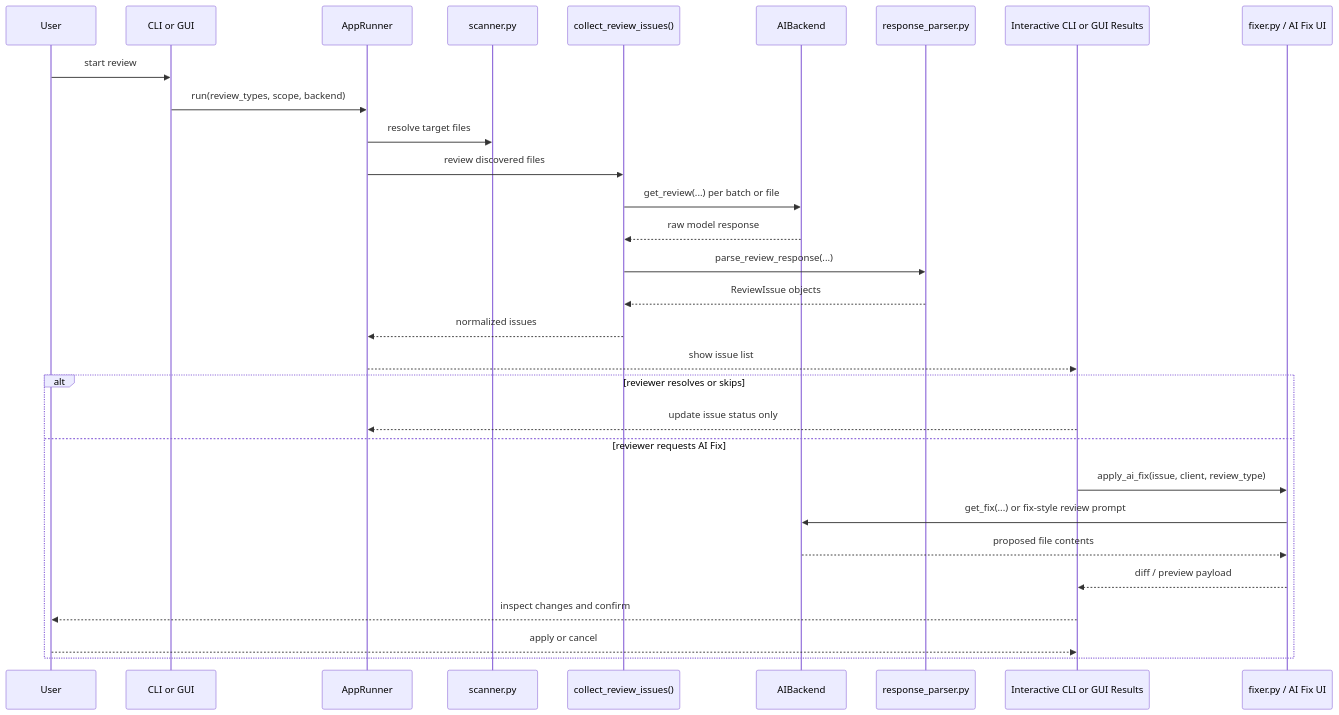
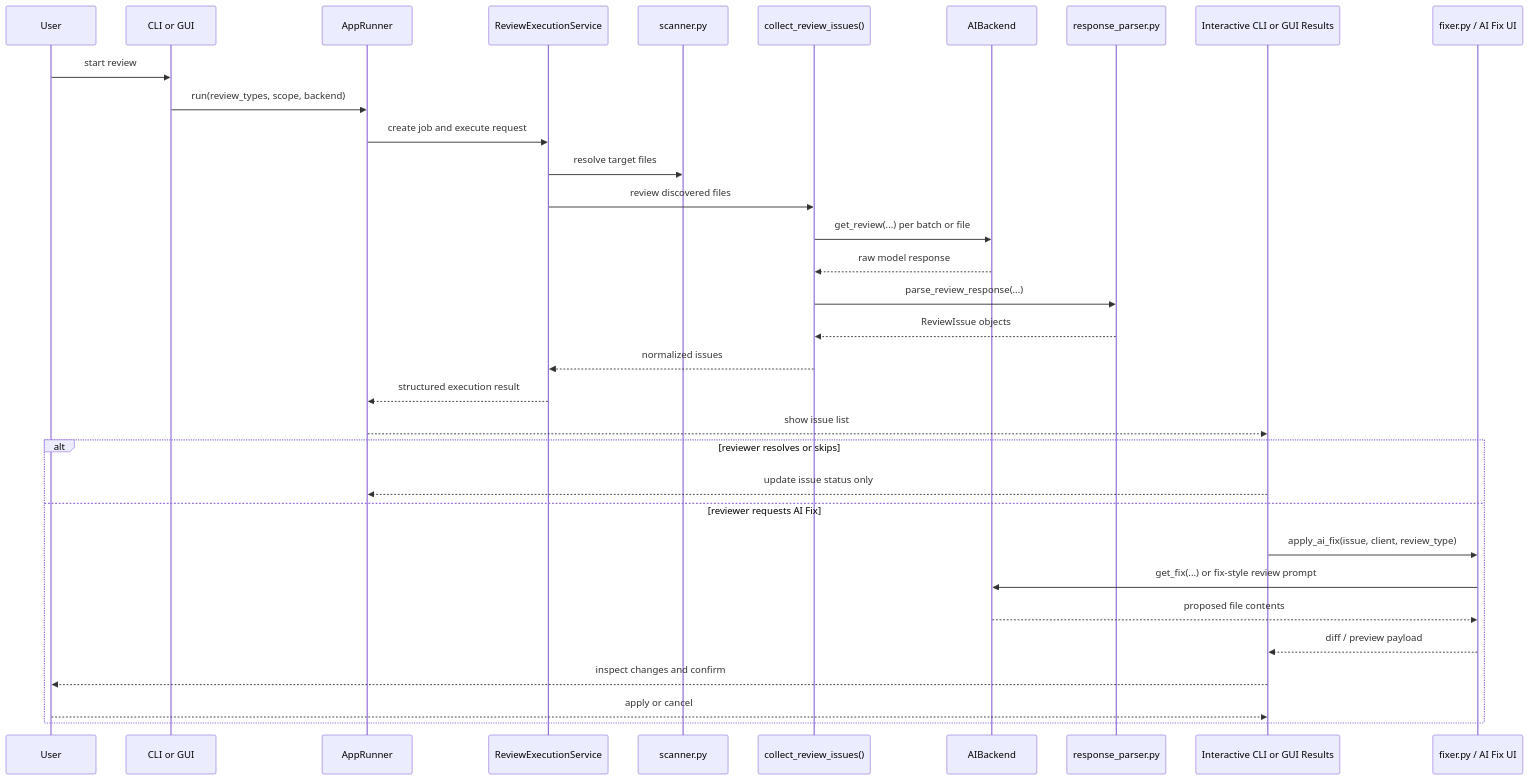
Before and after one commit to gallaway-jp/AICodeReviewer: the fourth of 5 diagrams in docs/architecture.md, drawn with Mermaid. The commit also changed other lines of this file and 125 other files, not shown here.

````diff
--- a/docs/architecture.md
+++ b/docs/architecture.md
@@ -108,34 +119,37 @@
 ```mermaid
 sequenceDiagram
 	participant User
 	participant Entry as CLI or GUI
 	participant Runner as AppRunner
+	participant Exec as ReviewExecutionService
 	participant Scanner as scanner.py
 	participant Reviewer as collect_review_issues()
 	participant Backend as AIBackend
 	participant Parser as response_parser.py
 	participant Results as Interactive CLI or GUI Results
 	participant Fixer as fixer.py / AI Fix UI
 
 	User->>Entry: start review
 	Entry->>Runner: run(review_types, scope, backend)
-	Runner->>Scanner: resolve target files
-	Runner->>Reviewer: review discovered files
+	Runner->>Exec: create job and execute request
+	Exec->>Scanner: resolve target files
+	Exec->>Reviewer: review discovered files
 	Reviewer->>Backend: get_review(...) per batch or file
 	Backend-->>Reviewer: raw model response
 	Reviewer->>Parser: parse_review_response(...)
 	Parser-->>Reviewer: ReviewIssue objects
-	Reviewer-->>Runner: normalized issues
+	Reviewer-->>Exec: normalized issues
+	Exec-->>Runner: structured execution result
 	Runner-->>Results: show issue list
 
 	alt reviewer resolves or skips
 		Results-->>Runner: update issue status only
 	else reviewer requests AI Fix
 		Results->>Fixer: apply_ai_fix(issue, client, review_type)
 		Fixer->>Backend: get_fix(...) or fix-style review prompt
 		Backend-->>Fixer: proposed file contents
 		Fixer-->>Results: diff / preview payload
 		Results-->>User: inspect changes and confirm
 		User-->>Results: apply or cancel
 	end
 ```
````
